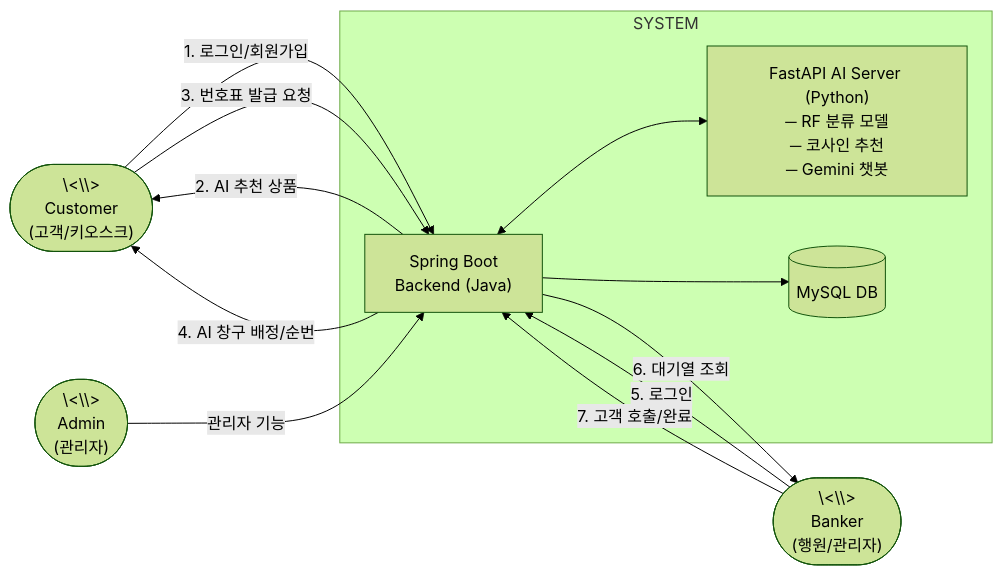
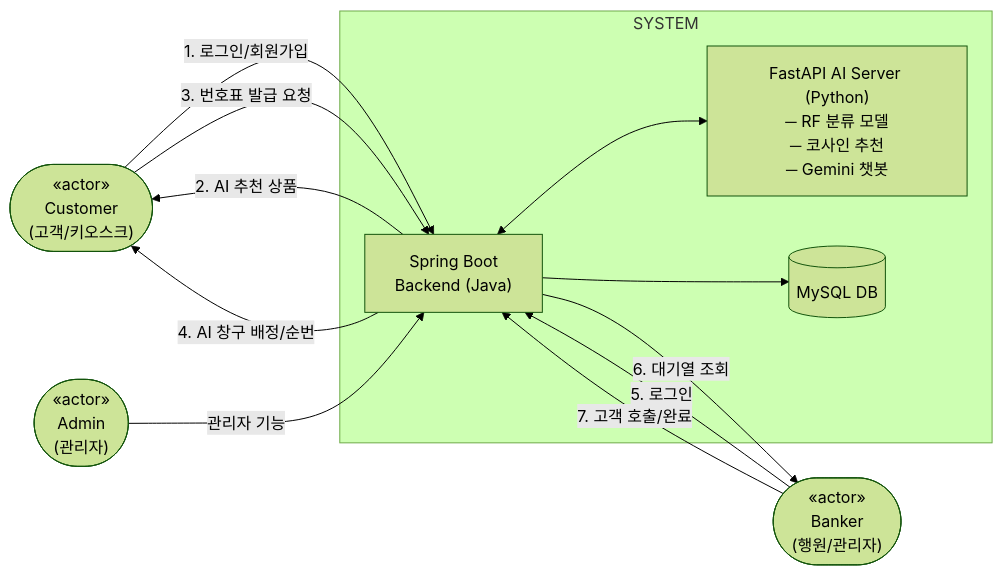
One commit to silversky621/BankScope changed the diagram in Conceptualization_[21622137_최재영].md. Above: the diagram before and after it, drawn with Mermaid (forest theme). The commit also changed 1 other file, not shown here.

Commit message:
fix: Mermaid 다이어그램 actor 표기 수정 (\<\< → «»)

````diff
--- a/Conceptualization_[21622137_최재영].md
+++ b/Conceptualization_[21622137_최재영].md
@@ -75,23 +75,23 @@
 ```mermaid
 flowchart LR
-    Customer(["\<\<actor\>\>\nCustomer\n(고객/키오스크)"])
-    Banker(["\<\<actor\>\>\nBanker\n(행원/관리자)"])
-    Admin(["\<\<actor\>\>\nAdmin\n(관리자)"])
+    Customer(["«actor»\nCustomer\n(고객/키오스크)"])
+    Banker(["«actor»\nBanker\n(행원/관리자)"])
+    Admin(["«actor»\nAdmin\n(관리자)"])
 
     subgraph SYSTEM["SYSTEM"]
         SB["Spring Boot\nBackend (Java)"]
         AI["FastAPI AI Server (Python)\n─ RF 분류 모델\n─ 코사인 추천\n─ Gemini 챗봇"]
         DB[("MySQL DB")]
         SB <--> AI
         SB --> DB
     end
 
     Customer -->|"1. 로그인/회원가입"| SB
     SB -->|"2. AI 추천 상품"| Customer
     Customer -->|"3. 번호표 발급 요청"| SB
     SB -->|"4. AI 창구 배정/순번"| Customer
     Banker -->|"5. 로그인"| SB
     SB -->|"6. 대기열 조회"| Banker
     Banker -->|"7. 고객 호출/완료"| SB
     Admin -->|"관리자 기능"| SB
 ```
````
